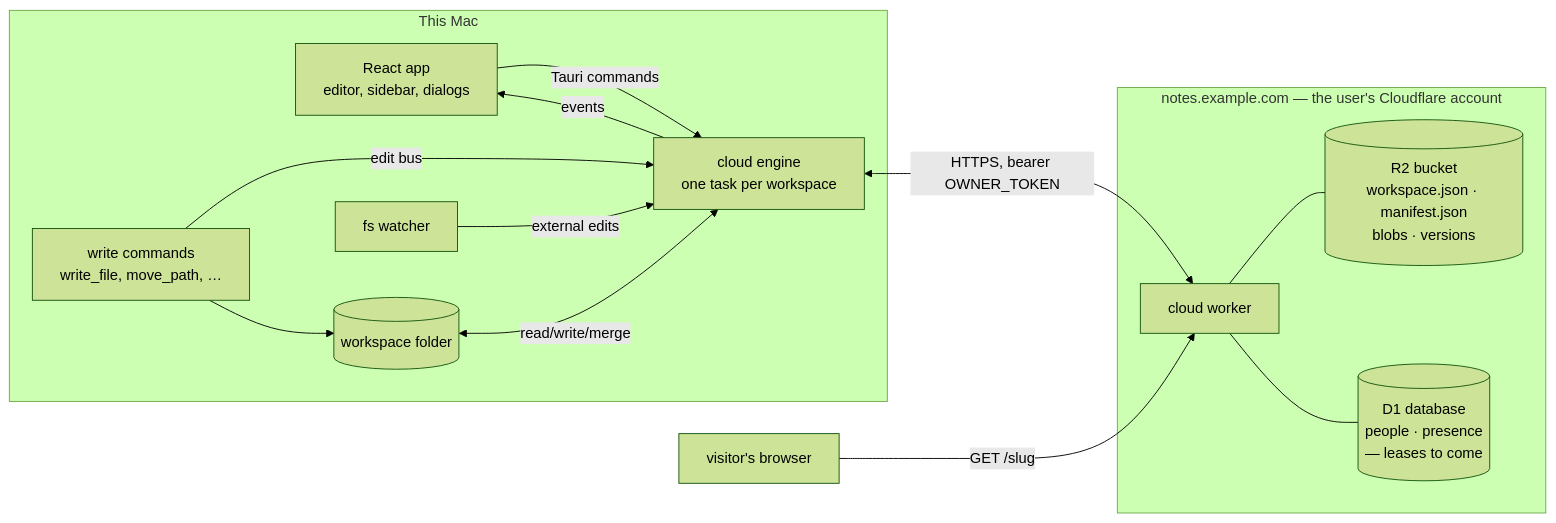
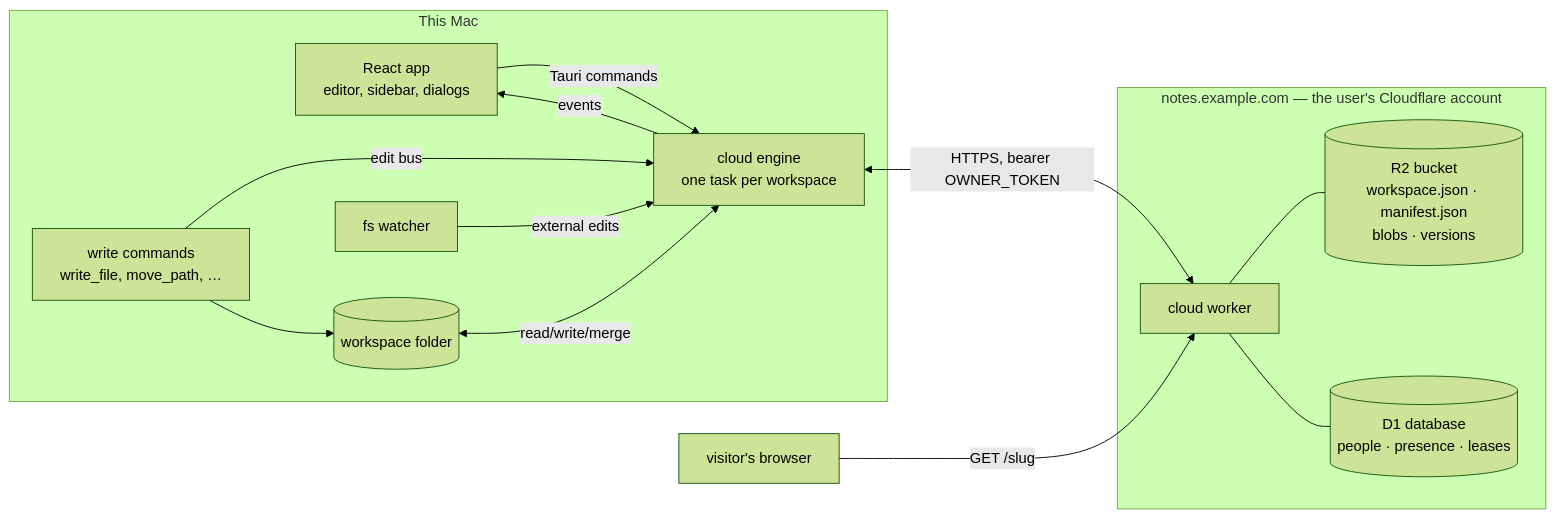
The first of 3 diagrams in docs/cloud.md (boat-builder/doklin), drawn with Mermaid (forest theme) before and after one commit. The commit also changed other lines of this file and 33 other files, not shown here.

````diff
--- a/docs/cloud.md
+++ b/docs/cloud.md
@@ -99,17 +100,17 @@
 ```mermaid
 flowchart LR
   subgraph mac[This Mac]
     UI[React app<br/>editor, sidebar, dialogs] -- Tauri commands --> ENG
     ENG[cloud engine<br/>one task per workspace] -- events --> UI
     FS[(workspace folder)] <-- read/write/merge --> ENG
     WR[write commands<br/>write_file, move_path, …] -- edit bus --> ENG
     WR --> FS
     WATCH[fs watcher] -- external edits --> ENG
   end
   subgraph cf[notes.example.com — the user's Cloudflare account]
     W[cloud worker] --- R2[(R2 bucket<br/>workspace.json · manifest.json<br/>blobs · versions)]
-    W --- D1[(D1 database<br/>people · presence<br/>— leases to come)]
+    W --- D1[(D1 database<br/>people · presence · leases)]
   end
   ENG <-- HTTPS, bearer OWNER_TOKEN --> W
   V[visitor's browser] -- GET /slug --> W
 ```
````
